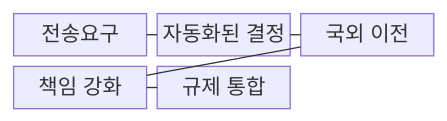
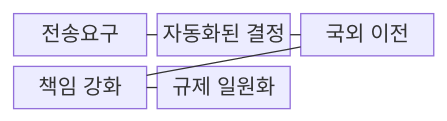
One commit to agnusdei1207/knowledge-base changed the first of 2 diagrams in src/content/docs/notes/07-law-policy/023_pipa_2023_amendment.md. Above: the diagram before and after it, drawn with Mermaid. The commit also changed other lines of this file and 493 other files, not shown here.

````diff
--- a/src/content/docs/notes/07-law-policy/023_pipa_2023_amendment.md
+++ b/src/content/docs/notes/07-law-policy/023_pipa_2023_amendment.md
@@ -69,13 +69,13 @@
 ```mermaid
 block-beta
   columns 3
   A["전송요구"]
   B["자동화된 결정"]
   C["국외 이전"]
   D["책임 강화"]
-  E["규제 통합"]
+  E["규제 일원화"]
   A --- B
   B --- C
   C --- D
   D --- E
 ```
````
